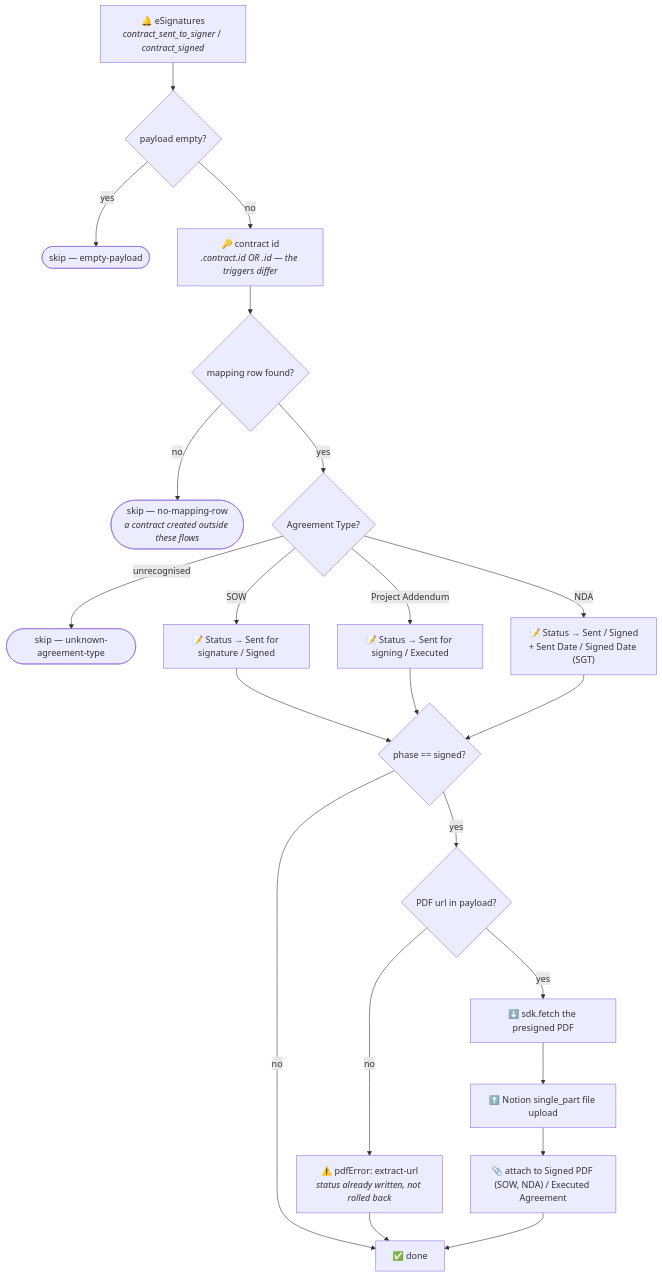
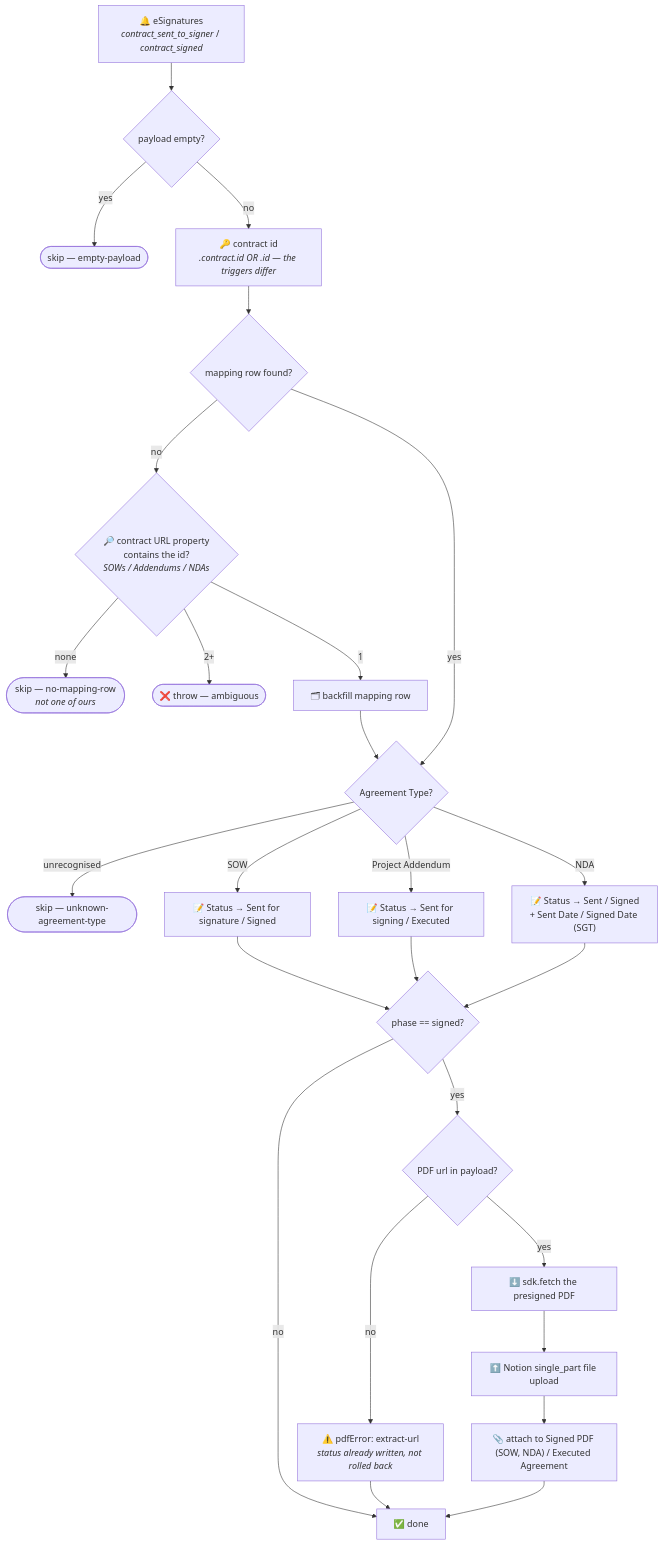
Before and after one commit to work-flowers/zapier-sdk: the diagram in esignatures-status-to-notion/README.md, drawn with Mermaid. The commit also changed other lines of this file and 5 other files, not shown here.

First line of the commit message:
Resolve unmapped eSignatures contracts from the record's contract URL

````diff
--- a/esignatures-status-to-notion/README.md
+++ b/esignatures-status-to-notion/README.md
@@ -31,23 +31,26 @@
 ```mermaid
 flowchart TD
   T["🔔 eSignatures<br/><i>contract_sent_to_signer</i> / <i>contract_signed</i>"] --> P{"payload empty?"}
   P -- yes --> SKIP(["skip — empty-payload"])
   P -- no --> ID["🔑 contract id<br/><i>.contract.id OR .id — the triggers differ</i>"]
   ID --> TBL{"mapping row found?"}
-  TBL -- no --> SKIP2(["skip — no-mapping-row<br/><i>a contract created outside these flows</i>"])
+  TBL -- no --> URLQ{"🔎 contract URL property<br/>contains the id?<br/><i>SOWs / Addendums / NDAs</i>"}
+  URLQ -- "none" --> SKIP2(["skip — no-mapping-row<br/><i>not one of ours</i>"])
+  URLQ -- "2+" --> ERR(["❌ throw — ambiguous"])
+  URLQ -- "1" --> BF["🗂 backfill mapping row"] --> TY
   TBL -- yes --> TY{"Agreement Type?"}
   TY -- "unrecognised" --> SKIP3(["skip — unknown-agreement-type"])
   TY -- "SOW" --> S1["📝 Status → Sent for signature / Signed"]
   TY -- "Project Addendum" --> S2["📝 Status → Sent for signing / Executed"]
   TY -- "NDA" --> S3["📝 Status → Sent / Signed<br/>+ Sent Date / Signed Date (SGT)"]
   S1 --> PH{"phase == signed?"}
   S2 --> PH
   S3 --> PH
   PH -- no --> DONE["✅ done"]
   PH -- yes --> URL{"PDF url in payload?"}
   URL -- no --> NF["⚠️ pdfError: extract-url<br/><i>status already written, not rolled back</i>"] --> DONE
   URL -- yes --> DL["⬇️ sdk.fetch the presigned PDF"]
   DL --> UP["⬆️ Notion single_part file upload"]
   UP --> AT["📎 attach to Signed PDF (SOW, NDA) / Executed Agreement"]
   AT --> DONE
 ```
````
